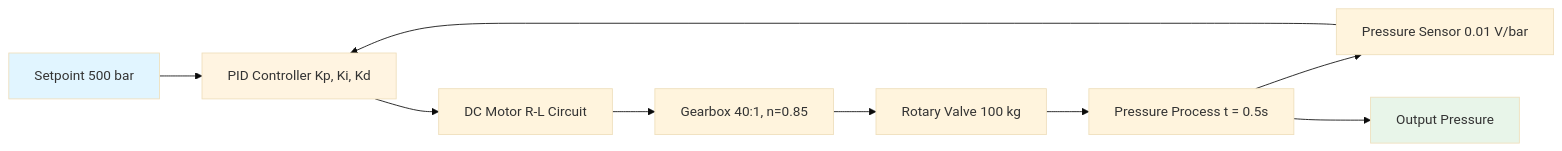
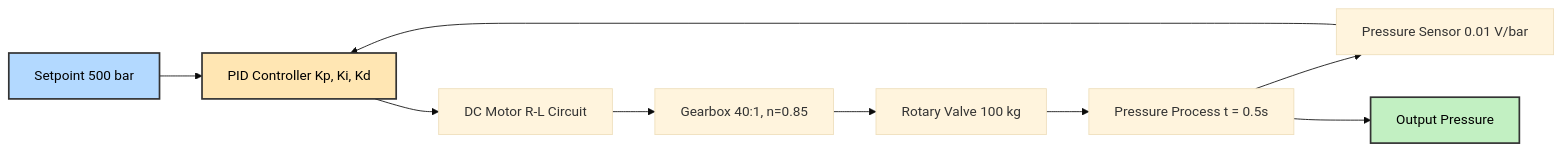
The first of 6 diagrams in README.md (chetan0021/monitoring-rotory-valve), drawn with Mermaid (base theme) before and after one commit. The commit also changed other lines of this file, not shown here.

Commit message:
Fix remaining Mermaid diagram text visibility issues

````diff
--- a/README.md
+++ b/README.md
@@ -39,15 +39,15 @@
 ```mermaid
 graph LR
     A[Setpoint 500 bar] --> B[PID Controller Kp, Ki, Kd]
     B --> C[DC Motor R-L Circuit]
     C --> D[Gearbox 40:1, n=0.85]
     D --> E[Rotary Valve 100 kg]
     E --> F[Pressure Process t = 0.5s]
     F --> G[Pressure Sensor 0.01 V/bar]
     G --> B
     F --> H[Output Pressure]
     
-    style A fill:#e1f5ff
-    style B fill:#fff4e1
-    style H fill:#e8f5e9
+    style A fill:#b3d9ff,stroke:#333,stroke-width:2px,color:#000
+    style B fill:#ffe6b3,stroke:#333,stroke-width:2px,color:#000
+    style H fill:#c2f0c2,stroke:#333,stroke-width:2px,color:#000
 ```
````
